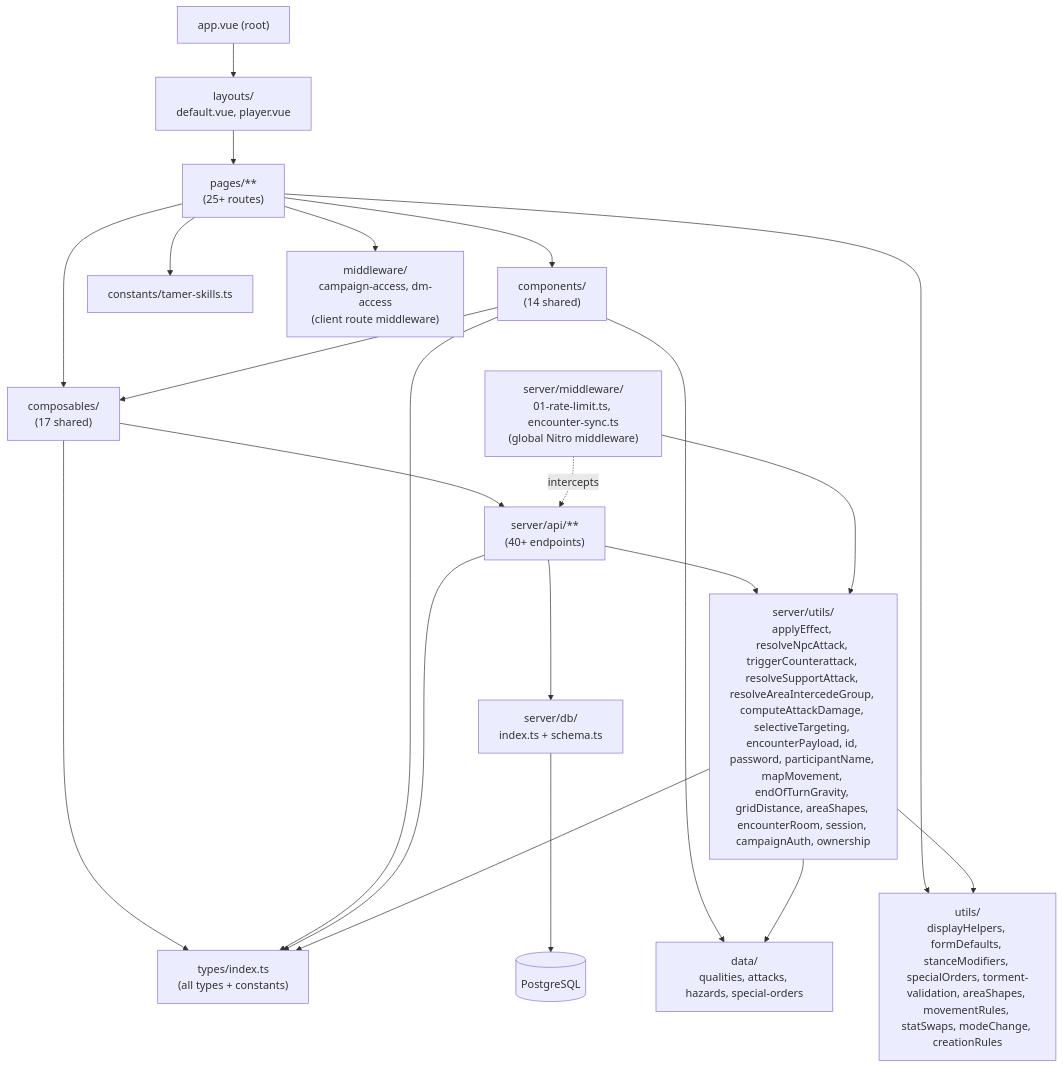
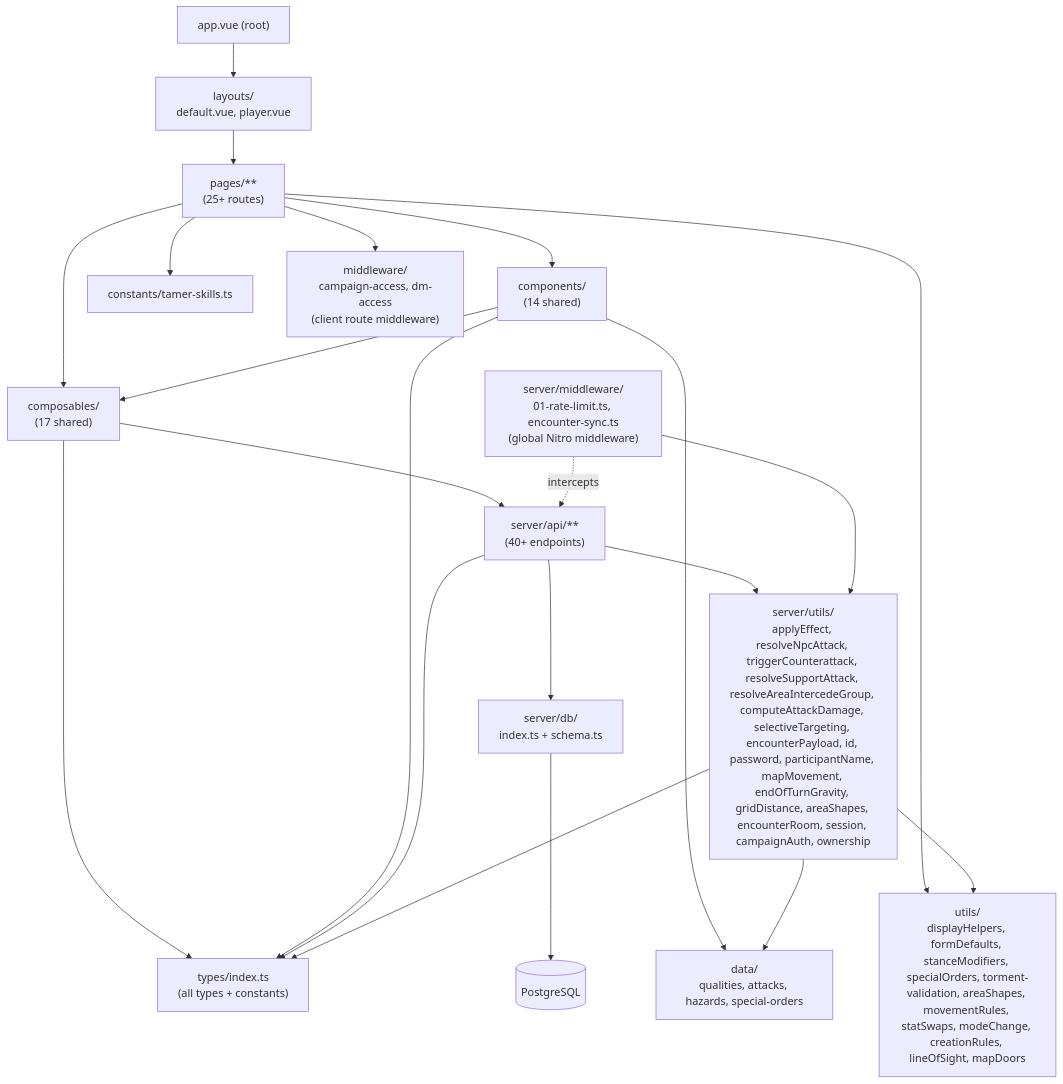
Before and after one commit to Eddy-Above/DDA-Tactics: the diagram in PROJECT_MAP.md, drawn with Mermaid. The commit also changed other lines of this file and 8 other files, not shown here.

First line of the commit message:
fix: require line of sight for ranged targets; let units open doors

````diff
--- a/PROJECT_MAP.md
+++ b/PROJECT_MAP.md
@@ -771,39 +773,39 @@
 ```mermaid
 flowchart TD
     App["app.vue (root)"]
     Layouts["layouts/\ndefault.vue, player.vue"]
     Pages["pages/**\n(25+ routes)"]
     Components["components/\n(14 shared)"]
     Composables["composables/\n(17 shared)"]
     Types["types/index.ts\n(all types + constants)"]
     Data["data/\nqualities, attacks, hazards, special-orders"]
-    Utils["utils/\ndisplayHelpers, formDefaults, stanceModifiers, specialOrders, torment-validation, areaShapes, movementRules, statSwaps, modeChange, creationRules"]
+    Utils["utils/\ndisplayHelpers, formDefaults, stanceModifiers, specialOrders, torment-validation, areaShapes, movementRules, statSwaps, modeChange, creationRules, lineOfSight, mapDoors"]
     Constants["constants/tamer-skills.ts"]
     Middleware["middleware/\ncampaign-access, dm-access\n(client route middleware)"]
     ServerAPI["server/api/**\n(40+ endpoints)"]
     ServerMiddleware["server/middleware/\n01-rate-limit.ts, encounter-sync.ts\n(global Nitro middleware)"]
     ServerUtils["server/utils/\napplyEffect, resolveNpcAttack, triggerCounterattack, resolveSupportAttack, resolveAreaIntercedeGroup, computeAttackDamage, selectiveTargeting, encounterPayload, id, password, participantName, mapMovement, endOfTurnGravity, gridDistance, areaShapes, encounterRoom, session, campaignAuth, ownership"]
     DB["server/db/\nindex.ts + schema.ts"]
     Postgres[("PostgreSQL")]
 
     App --> Layouts --> Pages
     Pages --> Components
     Pages --> Composables
     Components --> Composables
     Composables --> Types
     Composables --> ServerAPI
     Components --> Types
     Components --> Data
     Pages --> Middleware
     Pages --> Utils
     Pages --> Constants
     ServerAPI --> DB
     ServerAPI --> ServerUtils
     ServerAPI --> Types
     ServerMiddleware -.intercepts.-> ServerAPI
     ServerMiddleware --> ServerUtils
     ServerUtils --> Types
     ServerUtils --> Data
     ServerUtils --> Utils
     DB --> Postgres
 ```
````
